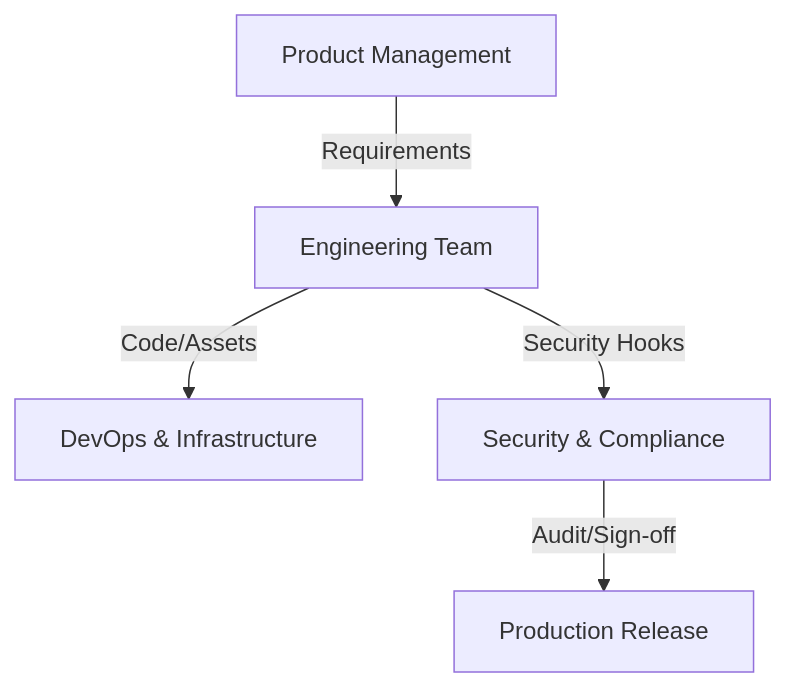
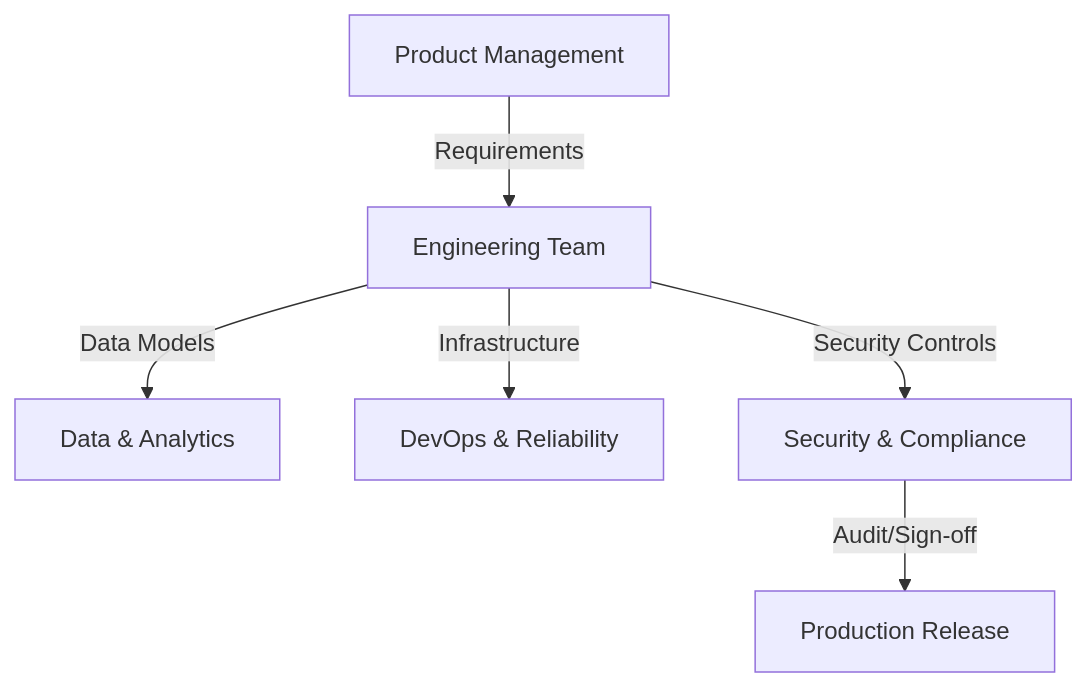
The second of 3 diagrams in docs/EXECUTION_PLAN.md (saanjaypatil78/BioFi-Nexus), drawn with Mermaid before and after one commit. The commit also changed other lines of this file, not shown here.

````diff
--- a/docs/EXECUTION_PLAN.md
+++ b/docs/EXECUTION_PLAN.md
@@ -103,7 +126,8 @@
 ```mermaid
 graph TD
     A[Product Management] -->|Requirements| B[Engineering Team]
-    B -->|Code/Assets| C[DevOps & Infrastructure]
-    B -->|Security Hooks| D[Security & Compliance]
-    D -->|Audit/Sign-off| E[Production Release]
+    B -->|Data Models| C[Data & Analytics]
+    B -->|Infrastructure| D[DevOps & Reliability]
+    B -->|Security Controls| E[Security & Compliance]
+    E -->|Audit/Sign-off| F[Production Release]
 ```
````
